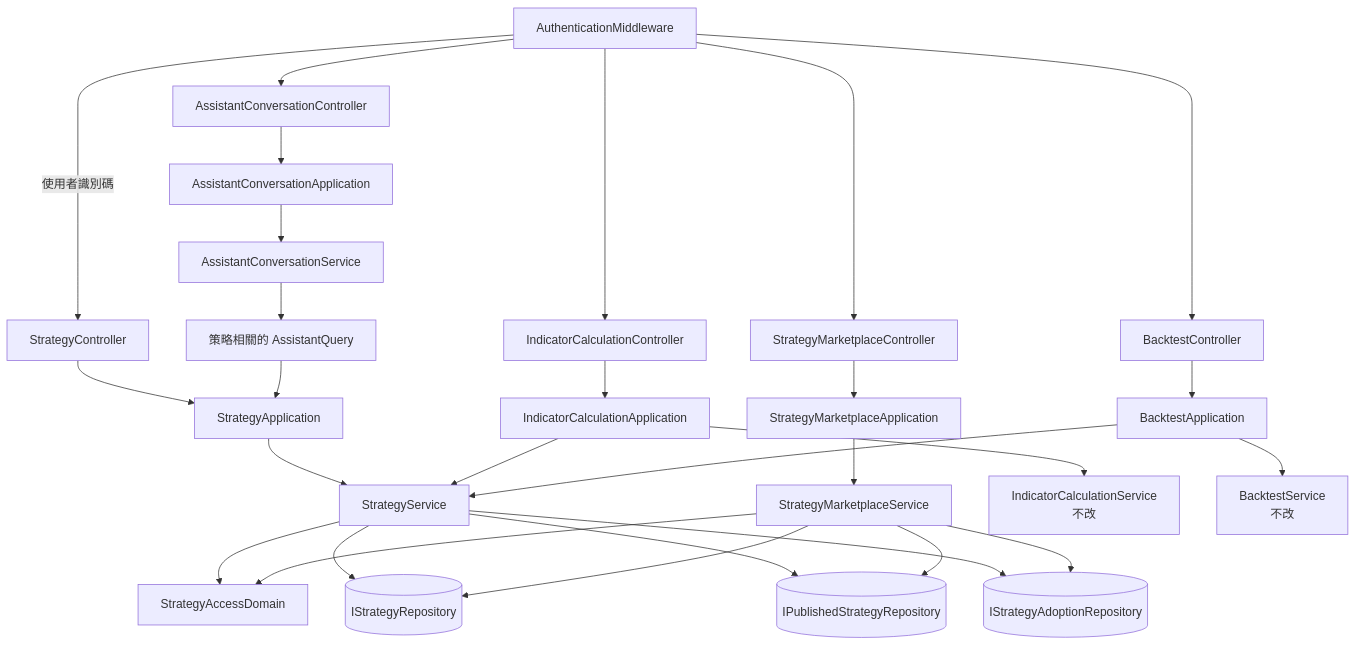
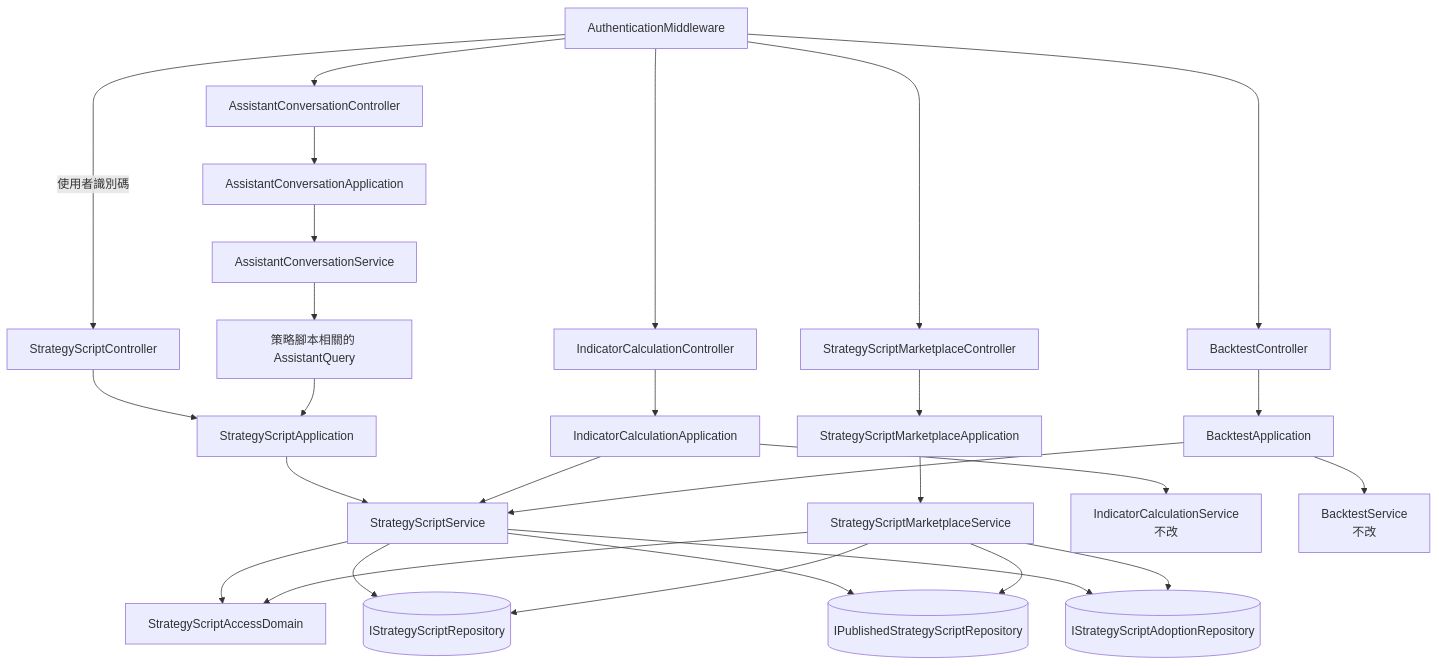
The first of 2 diagrams in .sdd/2026-09-10-strategy-ownership-and-marketplace/ARCH.md (CodeMachine0121/go-trading), drawn with Mermaid before and after one commit. The commit also changed other lines of this file and 66 other files, not shown here.

First line of the commit message:
docs: carry the strategy script rename into specs and the API collection

````diff
--- a/.sdd/2026-09-10-strategy-ownership-and-marketplace/ARCH.md
+++ b/.sdd/2026-09-10-strategy-ownership-and-marketplace/ARCH.md
@@ -134,32 +134,32 @@
 ```mermaid
 flowchart TD
-    MW[AuthenticationMiddleware] -->|使用者識別碼| SC[StrategyController]
-    MW --> MC[StrategyMarketplaceController]
+    MW[AuthenticationMiddleware] -->|使用者識別碼| SC[StrategyScriptController]
+    MW --> MC[StrategyScriptMarketplaceController]
     MW --> ICC[IndicatorCalculationController]
     MW --> BC[BacktestController]
     MW --> ACC[AssistantConversationController]
 
-    SC --> SA[StrategyApplication]
-    MC --> MA[StrategyMarketplaceApplication]
+    SC --> SA[StrategyScriptApplication]
+    MC --> MA[StrategyScriptMarketplaceApplication]
     ICC --> ICA[IndicatorCalculationApplication]
     BC --> BA[BacktestApplication]
     ACC --> ACA[AssistantConversationApplication]
 
-    SA --> SS[StrategyService]
-    MA --> MS[StrategyMarketplaceService]
+    SA --> SS[StrategyScriptService]
+    MA --> MS[StrategyScriptMarketplaceService]
     ICA --> SS
     ICA --> ICS[IndicatorCalculationService<br/>不改]
     BA --> SS
     BA --> BS[BacktestService<br/>不改]
-    ACA --> ACS[AssistantConversationService] --> AQ[策略相關的 AssistantQuery] --> SA
+    ACA --> ACS[AssistantConversationService] --> AQ[策略腳本相關的 AssistantQuery] --> SA
 
-    SS --> AD[StrategyAccessDomain]
+    SS --> AD[StrategyScriptAccessDomain]
     MS --> AD
 
-    SS --> SR[(IStrategyRepository)]
-    SS --> PR[(IPublishedStrategyRepository)]
-    SS --> AR[(IStrategyAdoptionRepository)]
+    SS --> SR[(IStrategyScriptRepository)]
+    SS --> PR[(IPublishedStrategyScriptRepository)]
+    SS --> AR[(IStrategyScriptAdoptionRepository)]
     MS --> SR
     MS --> PR
     MS --> AR
 ```
````
